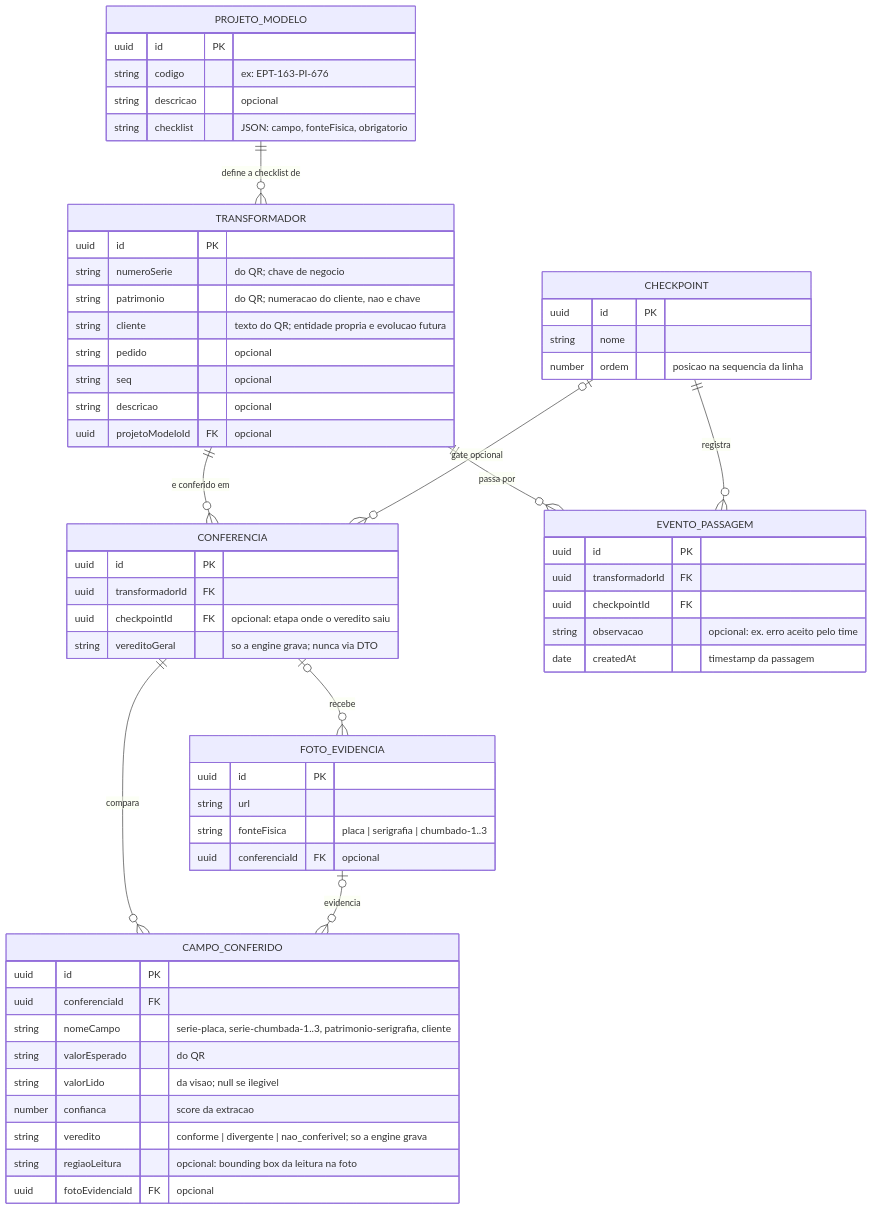
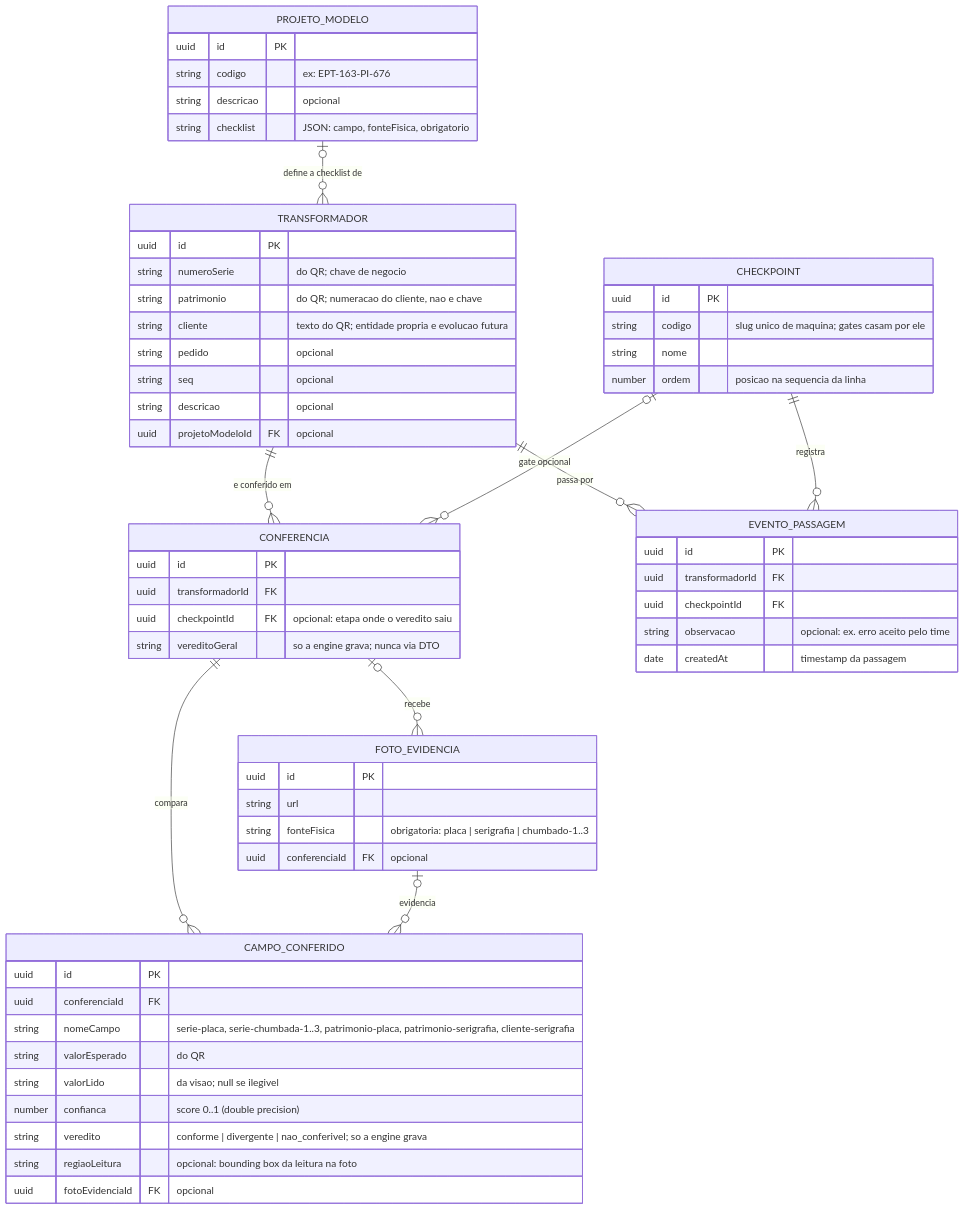
One commit to vctorgriggi/HackStars-Equipe3 changed the first of 2 diagrams in SPEC.md. Above: the diagram before and after it, drawn with Mermaid. The commit also changed other lines of this file and 23 other files, not shown here.

First line of the commit message:
fix: correções da auditoria multi-agente (regra de ouro no schema, chaves, tipos)

````diff
--- a/SPEC.md
+++ b/SPEC.md
@@ -77,63 +78,64 @@
 ```mermaid
 erDiagram
-    PROJETO_MODELO ||--o{ TRANSFORMADOR : "define a checklist de"
+    PROJETO_MODELO |o--o{ TRANSFORMADOR : "define a checklist de"
     TRANSFORMADOR ||--o{ CONFERENCIA : "e conferido em"
     TRANSFORMADOR ||--o{ EVENTO_PASSAGEM : "passa por"
     CHECKPOINT ||--o{ EVENTO_PASSAGEM : "registra"
     CHECKPOINT |o--o{ CONFERENCIA : "gate opcional"
     CONFERENCIA ||--o{ CAMPO_CONFERIDO : "compara"
     CONFERENCIA |o--o{ FOTO_EVIDENCIA : "recebe"
     FOTO_EVIDENCIA |o--o{ CAMPO_CONFERIDO : "evidencia"
 
     PROJETO_MODELO {
         uuid id PK
         string codigo "ex: EPT-163-PI-676"
         string descricao "opcional"
         string checklist "JSON: campo, fonteFisica, obrigatorio"
     }
     TRANSFORMADOR {
         uuid id PK
         string numeroSerie "do QR; chave de negocio"
         string patrimonio "do QR; numeracao do cliente, nao e chave"
         string cliente "texto do QR; entidade propria e evolucao futura"
         string pedido "opcional"
         string seq "opcional"
         string descricao "opcional"
         uuid projetoModeloId FK "opcional"
     }
     CHECKPOINT {
         uuid id PK
+        string codigo "slug unico de maquina; gates casam por ele"
         string nome
         number ordem "posicao na sequencia da linha"
     }
     CONFERENCIA {
         uuid id PK
         uuid transformadorId FK
         uuid checkpointId FK "opcional: etapa onde o veredito saiu"
         string vereditoGeral "so a engine grava; nunca via DTO"
     }
     CAMPO_CONFERIDO {
         uuid id PK
         uuid conferenciaId FK
-        string nomeCampo "serie-placa, serie-chumbada-1..3, patrimonio-serigrafia, cliente"
+        string nomeCampo "serie-placa, serie-chumbada-1..3, patrimonio-placa, patrimonio-serigrafia, cliente-serigrafia"
         string valorEsperado "do QR"
         string valorLido "da visao; null se ilegivel"
-        number confianca "score da extracao"
+        number confianca "score 0..1 (double precision)"
         string veredito "conforme | divergente | nao_conferivel; so a engine grava"
         string regiaoLeitura "opcional: bounding box da leitura na foto"
         uuid fotoEvidenciaId FK "opcional"
     }
     FOTO_EVIDENCIA {
         uuid id PK
         string url
-        string fonteFisica "placa | serigrafia | chumbado-1..3"
+        string fonteFisica "obrigatoria: placa | serigrafia | chumbado-1..3"
         uuid conferenciaId FK "opcional"
     }
     EVENTO_PASSAGEM {
         uuid id PK
         uuid transformadorId FK
         uuid checkpointId FK
         string observacao "opcional: ex. erro aceito pelo time"
         date createdAt "timestamp da passagem"
     }
 ```
````
